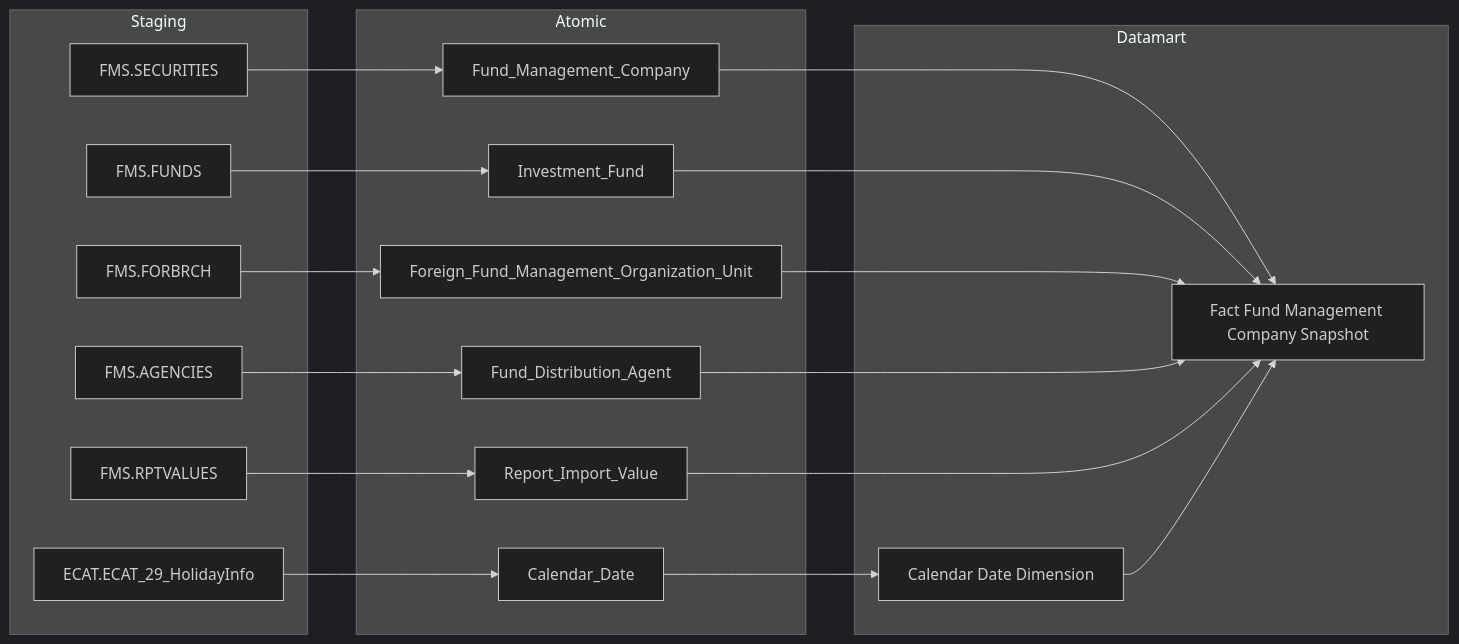
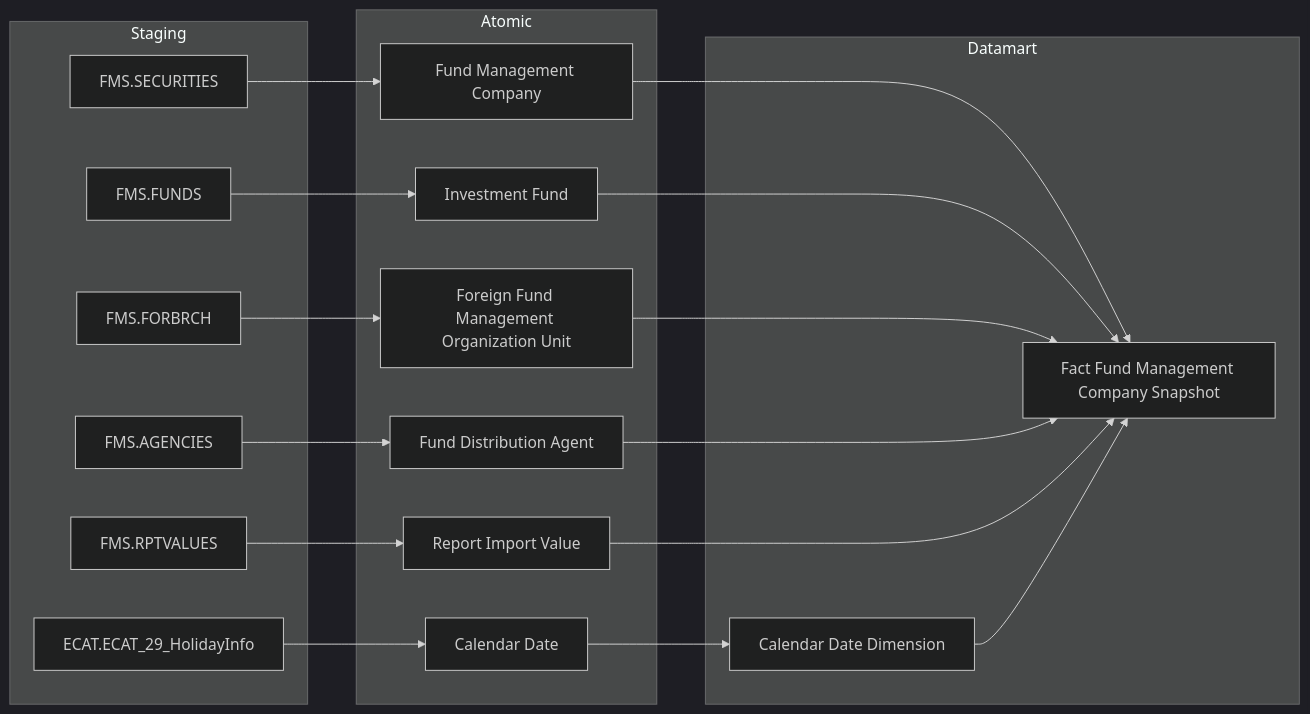
One commit to linhlvit/ubck_atomic_design changed the first of 11 diagrams in docs/output/datamart/FMS/DTM_FMS_PTTK.md. Above: the diagram before and after it, drawn with Mermaid (dark theme). The commit also changed other lines of this file and 34 other files, not shown here.

````diff
--- a/docs/output/datamart/FMS/DTM_FMS_PTTK.md
+++ b/docs/output/datamart/FMS/DTM_FMS_PTTK.md
@@ -17,36 +19,41 @@
 ```mermaid
 flowchart LR
-  subgraph Staging
-    FMS_SECURITIES["FMS.SECURITIES"]
-    FMS_FUNDS["FMS.FUNDS"]
-    FMS_FORBRCH["FMS.FORBRCH"]
-    FMS_AGENCIES["FMS.AGENCIES"]
-    FMS_RPTVALUES["FMS.RPTVALUES"]
-    ECAT_ECAT_29_HolidayInfo["ECAT.ECAT_29_HolidayInfo"]
-  end
-  subgraph Atomic
-    Fund_Management_Company
-    Investment_Fund
-    Foreign_Fund_Management_Organization_Unit
-    Fund_Distribution_Agent
-    Report_Import_Value
-    Calendar_Date
-  end
-  subgraph Datamart
-    fct_fnd_mgt_co_snpst["Fact Fund Management Company Snapshot"]
-    cdr_dt_dim["Calendar Date Dimension"]
-  end
-  FMS_SECURITIES --> Fund_Management_Company
-  FMS_FUNDS --> Investment_Fund
-  FMS_FORBRCH --> Foreign_Fund_Management_Organization_Unit
-  FMS_AGENCIES --> Fund_Distribution_Agent
-  FMS_RPTVALUES --> Report_Import_Value
-  ECAT_ECAT_29_HolidayInfo --> Calendar_Date
-  Fund_Management_Company --> fct_fnd_mgt_co_snpst
-  Investment_Fund --> fct_fnd_mgt_co_snpst
-  Foreign_Fund_Management_Organization_Unit --> fct_fnd_mgt_co_snpst
-  Fund_Distribution_Agent --> fct_fnd_mgt_co_snpst
-  Report_Import_Value --> fct_fnd_mgt_co_snpst
-  Calendar_Date --> cdr_dt_dim
-  cdr_dt_dim --> fct_fnd_mgt_co_snpst
+    subgraph Staging
+        S1["FMS.SECURITIES"]
+        S2["FMS.FUNDS"]
+        S3["FMS.FORBRCH"]
+        S4["FMS.AGENCIES"]
+        S6["FMS.RPTVALUES"]
+        SE1["ECAT.ECAT_29_HolidayInfo"]
+    end
+
+    subgraph Atomic
+        SV1["Fund Management Company"]
+        SV2["Investment Fund"]
+        SV3["Foreign Fund Management Organization Unit"]
+        SV4["Fund Distribution Agent"]
+        SV6["Report Import Value"]
+        SV7["Calendar Date"]
+    end
+
+    subgraph Datamart
+        G1["Fact Fund Management Company Snapshot"]
+        G2["Calendar Date Dimension"]
+    end
+
+    S1 --> SV1
+    S2 --> SV2
+    S3 --> SV3
+    S4 --> SV4
+    S6 --> SV6
+    SE1 --> SV7
+
+    SV1 --> G1
+    SV2 --> G1
+    SV3 --> G1
+    SV4 --> G1
+    SV6 --> G1
+    SV7 --> G2
+
+    G2 --> G1
 ```
````
